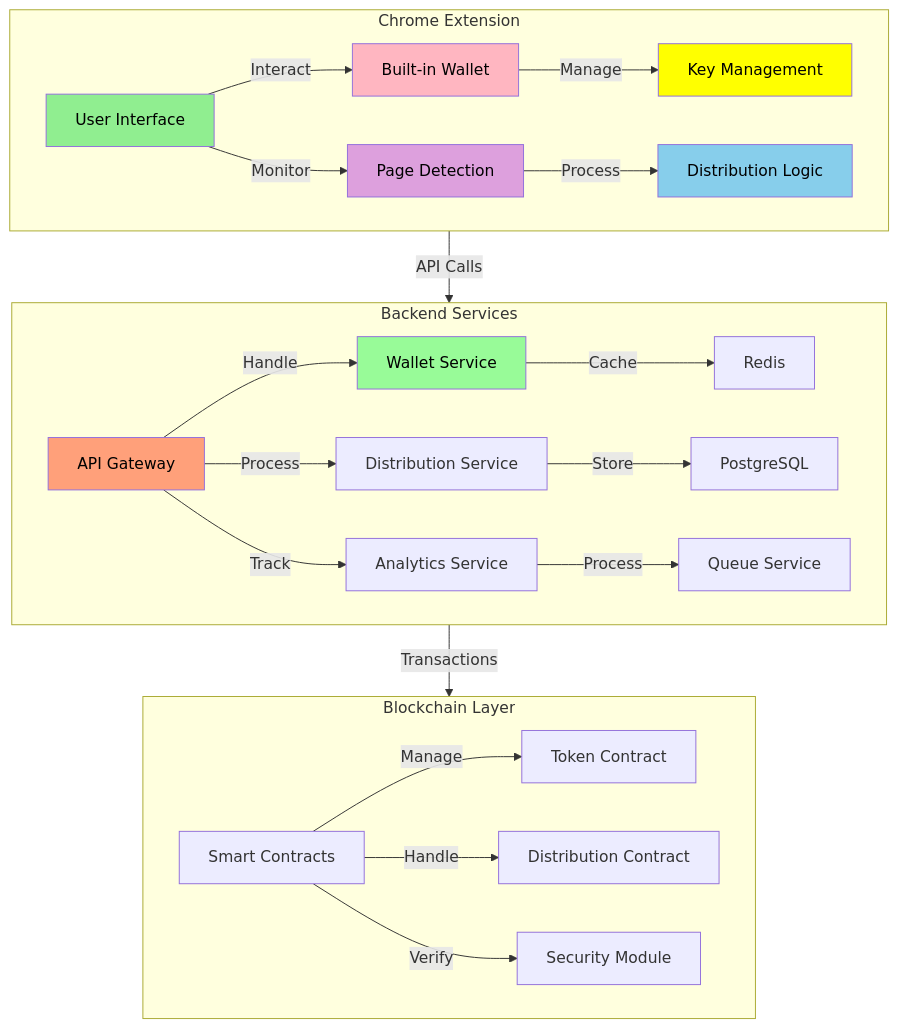
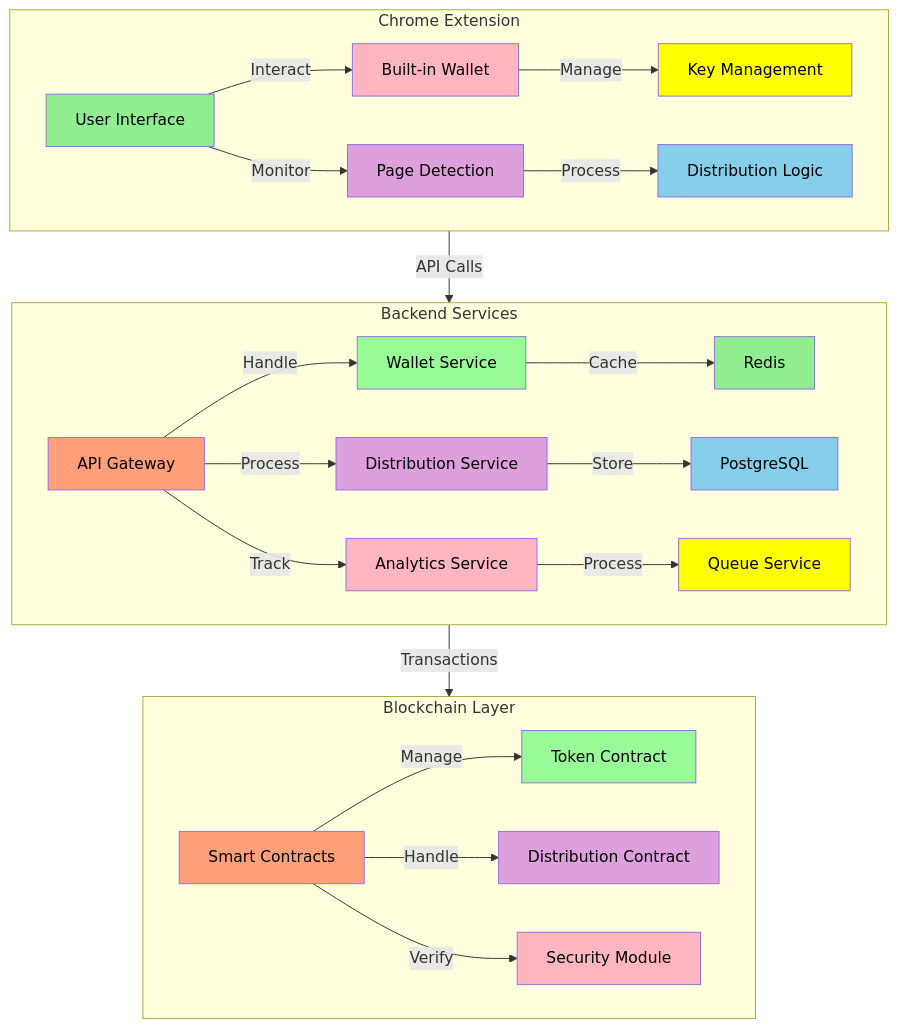
Before and after one commit to MEMEFANS/memefans: the first of 3 diagrams in docs/whitepaper/technical-architecture.md, drawn with Mermaid. The commit also changed other lines of this file and 4 other files, not shown here.

Commit message:
fix: update mermaid diagrams with improved styles and standard syntax

````diff
--- a/docs/whitepaper/technical-architecture.md
+++ b/docs/whitepaper/technical-architecture.md
@@ -7,35 +7,44 @@
 ```mermaid
 graph TD
     subgraph Frontend [Chrome Extension]
         A[User Interface] -->|Interact| B[Built-in Wallet]
         A -->|Monitor| C[Page Detection]
         B -->|Manage| D[Key Management]
         C -->|Process| E[Distribution Logic]
     end
     
     subgraph Backend [Backend Services]
         F[API Gateway] -->|Handle| G[Wallet Service]
         F -->|Process| H[Distribution Service]
         F -->|Track| I[Analytics Service]
         G -->|Cache| J[Redis]
         H -->|Store| K[PostgreSQL]
         I -->|Process| L[Queue Service]
     end
     
     subgraph Blockchain [Blockchain Layer]
         M[Smart Contracts] -->|Manage| N[Token Contract]
         M -->|Handle| O[Distribution Contract]
         M -->|Verify| P[Security Module]
     end
     
     Frontend -->|API Calls| Backend
     Backend -->|Transactions| Blockchain
     
     style A fill:#90EE90,color:#000000
     style B fill:#FFB6C1,color:#000000
     style C fill:#DDA0DD,color:#000000
     style D fill:#FFFF00,color:#000000
     style E fill:#87CEEB,color:#000000
     style F fill:#FFA07A,color:#000000
     style G fill:#98FB98,color:#000000
+    style H fill:#DDA0DD,color:#000000
+    style I fill:#FFB6C1,color:#000000
+    style J fill:#90EE90,color:#000000
+    style K fill:#87CEEB,color:#000000
+    style L fill:#FFFF00,color:#000000
+    style M fill:#FFA07A,color:#000000
+    style N fill:#98FB98,color:#000000
+    style O fill:#DDA0DD,color:#000000
+    style P fill:#FFB6C1,color:#000000
 ```
````
